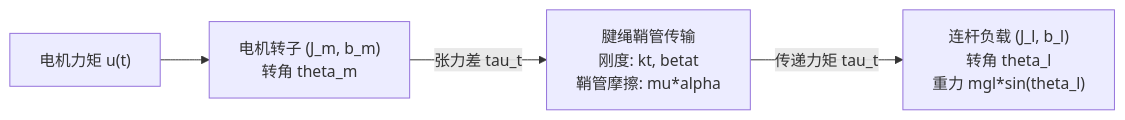
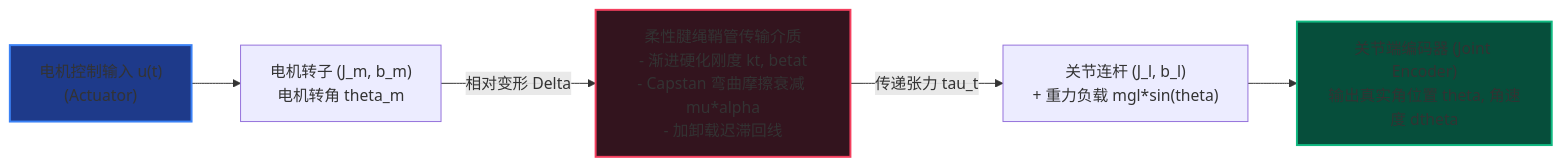
The third of 5 diagrams in TENDON_PAPER_ZH.md (fangde/symmetryObserver), drawn with Mermaid before and after one commit. The commit also changed other lines of this file and 8 other files, not shown here.

Commit message:
feat(control): implement joint-encoder-based controlled symmetry benchmark to match simple-system performance

````diff
--- a/TENDON_PAPER_ZH.md
+++ b/TENDON_PAPER_ZH.md
@@ -84,6 +134,11 @@
 ```mermaid
 flowchart LR
-    u["电机力矩 u(t)"] --> Jm["电机转子 (J_m, b_m)<br/>转角 theta_m"]
-    Jm -- "张力差 tau_t" --> Cable["腱绳鞘管传输<br/>刚度: kt, betat<br/>鞘管摩擦: mu*alpha"]
-    Cable -- "传递力矩 tau_t" --> Jl["连杆负载 (J_l, b_l)<br/>转角 theta_l<br/>重力 mgl*sin(theta_l)"]
+    u["电机控制输入 u(t)<br/>(Actuator)"] --> MotorInertia["电机转子 (J_m, b_m)<br/>电机转角 theta_m"]
+    MotorInertia -- "相对变形 Delta" --> Cable["柔性腱绳鞘管传输介质<br/>- 渐进硬化刚度 kt, betat<br/>- Capstan 弯曲摩擦衰减 mu*alpha<br/>- 加卸载迟滞回线"]
+    Cable -- "传递张力 tau_t" --> JointLink["关节连杆 (J_l, b_l)<br/>+ 重力负载 mgl*sin(theta)"]
+    JointLink --> Encoder["关节端编码器 (Joint Encoder)<br/>输出真实角位置 theta, 角速度 dtheta"]
+    
+    style u fill:#1e3a8a,stroke:#3b82f6,stroke-width:2px
+    style Cable fill:#33141e,stroke:#f43f5e,stroke-width:2px
+    style Encoder fill:#064e3b,stroke:#10b981,stroke-width:2px
 ```
````
